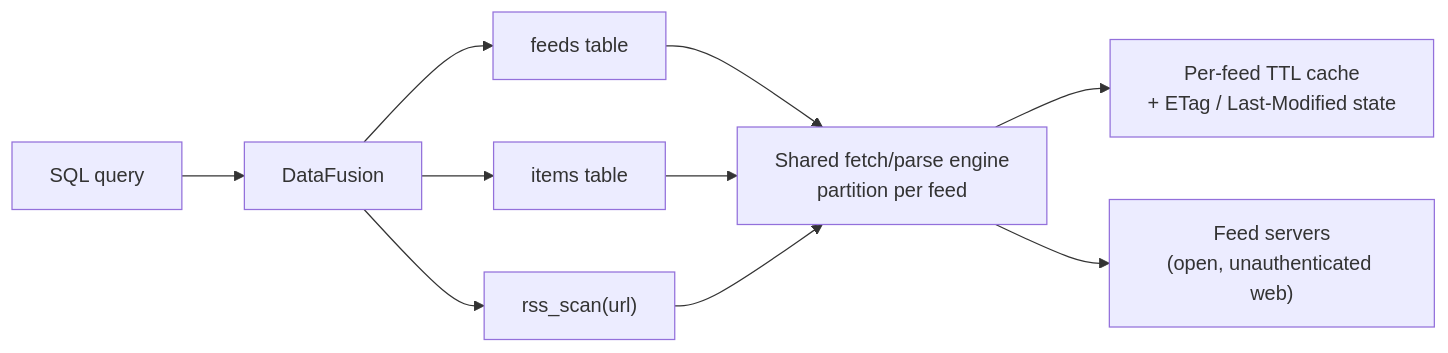
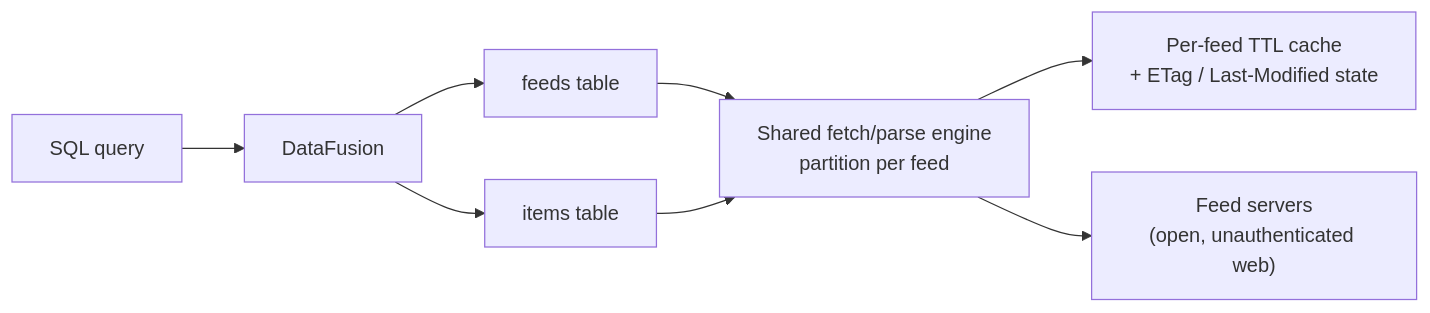
One commit to SkardiLabs/skardi changed the first of 5 diagrams in docs/superpowers/specs/2026-07-22-rss-feed-support-design-v2.md. Above: the diagram before and after it, drawn with Mermaid. The commit also changed other lines of this file, not shown here.

First line of the commit message:
docs(spec): cut rss_scan from scope — registered subscriptions only

````diff
--- a/docs/superpowers/specs/2026-07-22-rss-feed-support-design-v2.md
+++ b/docs/superpowers/specs/2026-07-22-rss-feed-support-design-v2.md
@@ -114,12 +113,10 @@
 ```mermaid
 flowchart LR
     SQL["SQL query"] --> DF["DataFusion"]
     DF --> Feeds["feeds table"]
     DF --> Items["items table"]
-    DF --> ScanFn["rss_scan(url)"]
     Feeds --> Engine["Shared fetch/parse engine<br/>partition per feed"]
     Items --> Engine
-    ScanFn --> Engine
     Engine --> Cache["Per-feed TTL cache<br/>+ ETag / Last-Modified state"]
     Engine --> Web["Feed servers<br/>(open, unauthenticated web)"]
 ```
````
